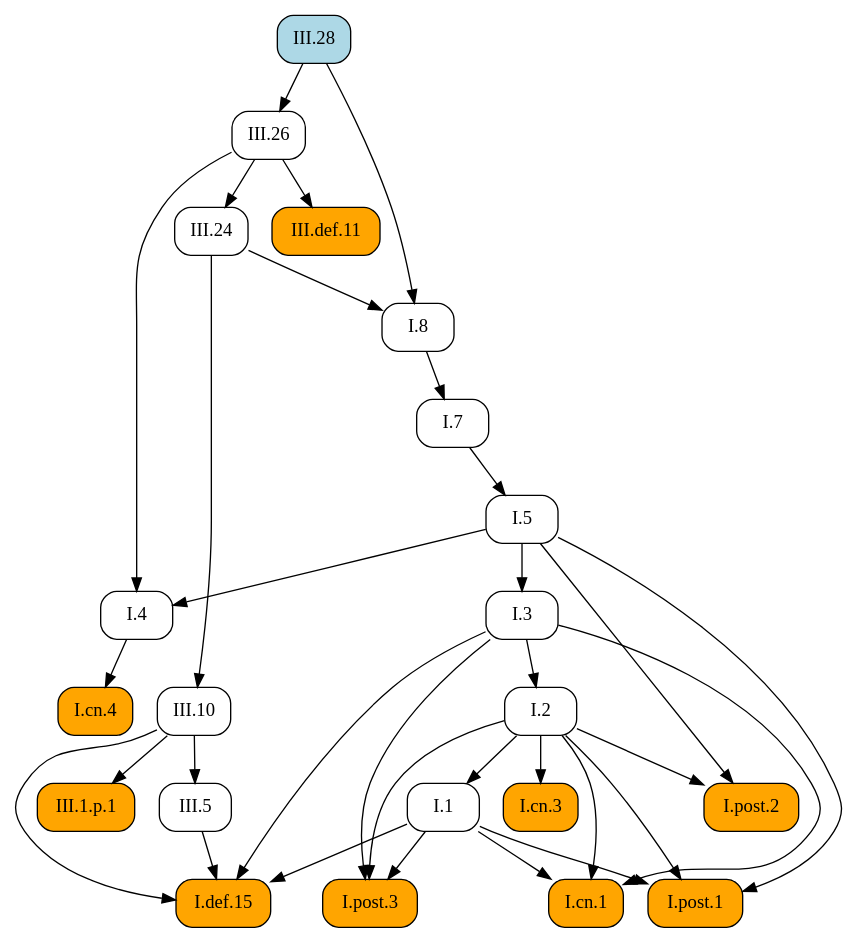
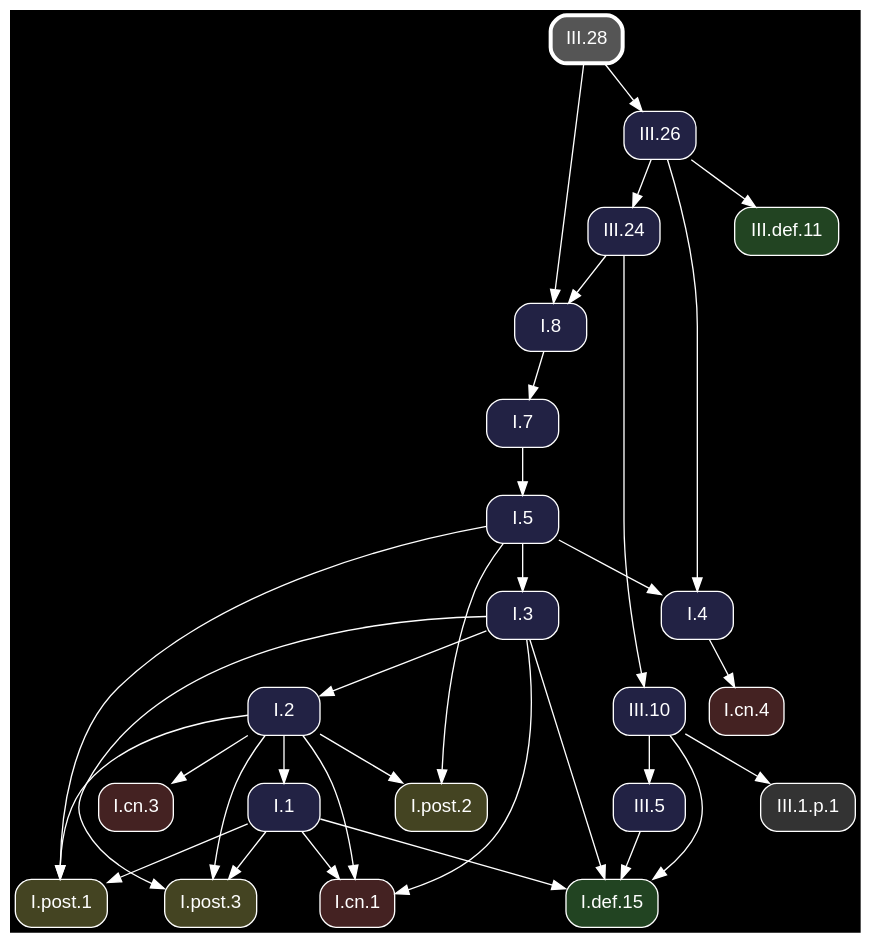
Before and after one commit to geometor/elements: the diagram in docsrc/heath/III/28/index.rst, drawn with Graphviz. The commit also changed other lines of this file and 1200 other files, not shown here.

Commit message:
update dependency graphs

```diff
--- a/docsrc/heath/III/28/index.rst
+++ b/docsrc/heath/III/28/index.rst
@@ -55,59 +55,61 @@
 .. graphviz::
 
    digraph {
+     bgcolor="black";
+     node [shape=box, style="rounded,filled", fontname="Helvetica", color="white", fontcolor="white"];
+     edge [color="white", fontcolor="white"];
      rankdir="TB";
-     node [shape=box, style=rounded];
-     "III.28" [style="rounded,filled", fillcolor=lightblue, URL="/heath/III/28/", target="_top"];
-     "I.cn.1" [style="rounded,filled", fillcolor=orange, URL="/heath/I/cn.1/", target="_top"];
-     "I.7" [URL="/heath/I/7/", target="_top"];
-     "III.24" [URL="/heath/III/24/", target="_top"];
-     "I.2" [URL="/heath/I/2/", target="_top"];
-     "I.def.15" [style="rounded,filled", fillcolor=orange, URL="/heath/I/def.15/", target="_top"];
-     "III.26" [URL="/heath/III/26/", target="_top"];
-     "I.4" [URL="/heath/I/4/", target="_top"];
-     "I.1" [URL="/heath/I/1/", target="_top"];
-     "III.def.11" [style="rounded,filled", fillcolor=orange, URL="/heath/III/def.11/", target="_top"];
-     "I.post.1" [style="rounded,filled", fillcolor=orange, URL="/heath/I/post.1/", target="_top"];
-     "I.post.3" [style="rounded,filled", fillcolor=orange, URL="/heath/I/post.3/", target="_top"];
-     "I.5" [URL="/heath/I/5/", target="_top"];
-     "I.8" [URL="/heath/I/8/", target="_top"];
-     "I.cn.3" [style="rounded,filled", fillcolor=orange, URL="/heath/I/cn.3/", target="_top"];
-     "III.10" [URL="/heath/III/10/", target="_top"];
-     "III.1.p.1" [style="rounded,filled", fillcolor=orange];
-     "I.cn.4" [style="rounded,filled", fillcolor=orange, URL="/heath/I/cn.4/", target="_top"];
-     "I.post.2" [style="rounded,filled", fillcolor=orange, URL="/heath/I/post.2/", target="_top"];
-     "I.3" [URL="/heath/I/3/", target="_top"];
-     "III.5" [URL="/heath/III/5/", target="_top"];
+     "III.10" [fillcolor="#222244", URL="/heath/III/10/", target="_top"];
+     "I.3" [fillcolor="#222244", URL="/heath/I/3/", target="_top"];
+     "I.post.1" [fillcolor="#444422", URL="/heath/I/post.1/", target="_top"];
+     "I.cn.1" [fillcolor="#442222", URL="/heath/I/cn.1/", target="_top"];
+     "I.cn.3" [fillcolor="#442222", URL="/heath/I/cn.3/", target="_top"];
+     "I.2" [fillcolor="#222244", URL="/heath/I/2/", target="_top"];
+     "I.post.2" [fillcolor="#444422", URL="/heath/I/post.2/", target="_top"];
+     "I.cn.4" [fillcolor="#442222", URL="/heath/I/cn.4/", target="_top"];
+     "I.1" [fillcolor="#222244", URL="/heath/I/1/", target="_top"];
+     "III.24" [fillcolor="#222244", URL="/heath/III/24/", target="_top"];
+     "I.8" [fillcolor="#222244", URL="/heath/I/8/", target="_top"];
+     "I.4" [fillcolor="#222244", URL="/heath/I/4/", target="_top"];
+     "I.post.3" [fillcolor="#444422", URL="/heath/I/post.3/", target="_top"];
+     "III.5" [fillcolor="#222244", URL="/heath/III/5/", target="_top"];
+     "III.28" [penwidth=3, color="white", fillcolor="#555555", URL="/heath/III/28/", target="_top"];
+     "III.1.p.1" [fillcolor="#333333"];
+     "I.7" [fillcolor="#222244", URL="/heath/I/7/", target="_top"];
+     "I.def.15" [fillcolor="#224422", URL="/heath/I/def.15/", target="_top"];
+     "I.5" [fillcolor="#222244", URL="/heath/I/5/", target="_top"];
+     "III.26" [fillcolor="#222244", URL="/heath/III/26/", target="_top"];
+     "III.def.11" [fillcolor="#224422", URL="/heath/III/def.11/", target="_top"];
+     "III.24" -> "III.10";
+     "I.5" -> "I.3";
+     "I.1" -> "I.post.1";
+     "I.2" -> "I.post.1";
+     "I.5" -> "I.post.1";
      "I.1" -> "I.cn.1";
      "I.2" -> "I.cn.1";
      "I.3" -> "I.cn.1";
+     "I.2" -> "I.cn.3";
+     "I.3" -> "I.2";
+     "I.2" -> "I.post.2";
+     "I.5" -> "I.post.2";
+     "I.4" -> "I.cn.4";
+     "I.2" -> "I.1";
+     "III.26" -> "III.24";
+     "III.24" -> "I.8";
+     "III.28" -> "I.8";
+     "I.5" -> "I.4";
+     "III.26" -> "I.4";
+     "I.1" -> "I.post.3";
+     "I.2" -> "I.post.3";
+     "I.3" -> "I.post.3";
+     "III.10" -> "III.5";
+     "III.10" -> "III.1.p.1";
      "I.8" -> "I.7";
-     "III.26" -> "III.24";
-     "I.3" -> "I.2";
      "I.1" -> "I.def.15";
      "I.3" -> "I.def.15";
      "III.5" -> "I.def.15";
      "III.10" -> "I.def.15";
+     "I.7" -> "I.5";
      "III.28" -> "III.26";
-     "I.5" -> "I.4";
-     "III.26" -> "I.4";
-     "I.2" -> "I.1";
      "III.26" -> "III.def.11";
-     "I.1" -> "I.post.1";
-     "I.2" -> "I.post.1";
-     "I.5" -> "I.post.1";
-     "I.1" -> "I.post.3";
-     "I.2" -> "I.post.3";
-     "I.3" -> "I.post.3";
-     "I.7" -> "I.5";
-     "III.24" -> "I.8";
-     "III.28" -> "I.8";
-     "I.2" -> "I.cn.3";
-     "III.24" -> "III.10";
-     "III.10" -> "III.1.p.1";
-     "I.4" -> "I.cn.4";
-     "I.2" -> "I.post.2";
-     "I.5" -> "I.post.2";
-     "I.5" -> "I.3";
-     "III.10" -> "III.5";
    }
```
